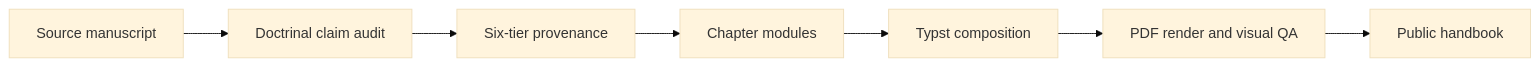
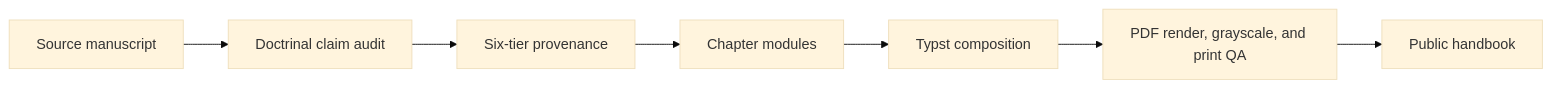
Before and after one commit to streamentry/streamentry: the first of 5 diagrams in AGENTS.md, drawn with Mermaid (base theme). The commit also changed other lines of this file and 5 other files, not shown here.

````diff
--- a/AGENTS.md
+++ b/AGENTS.md
@@ -34,9 +34,9 @@
 ```mermaid
 flowchart LR
   A["Source manuscript"] --> B["Doctrinal claim audit"]
   B --> C["Six-tier provenance"]
   C --> D["Chapter modules"]
   D --> E["Typst composition"]
-  E --> F["PDF render and visual QA"]
+  E --> F["PDF render, grayscale, and print QA"]
   F --> G["Public handbook"]
 ```
````
